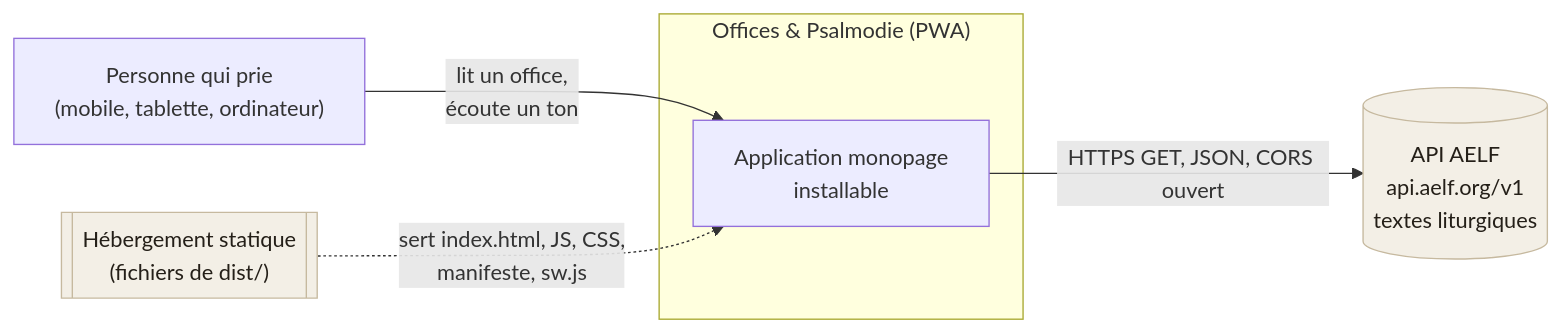
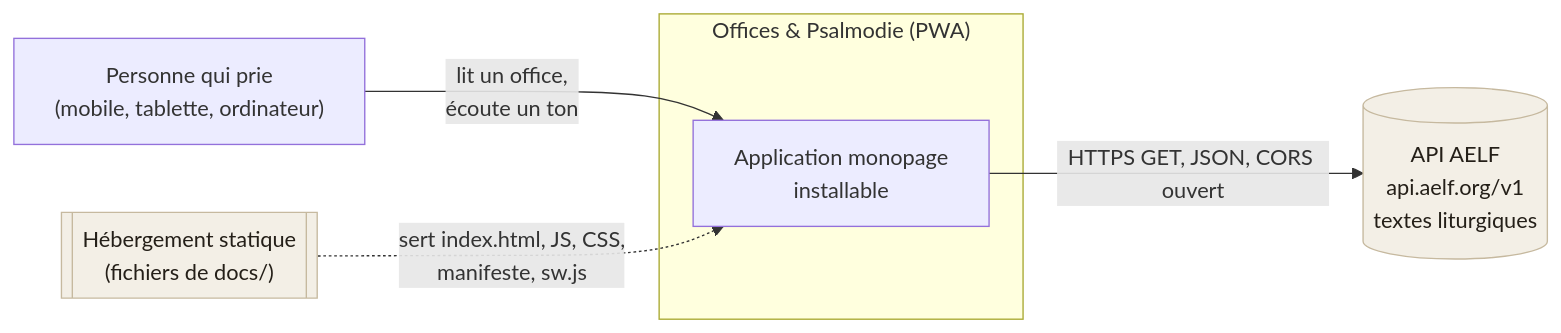
One commit to Studio-Horizon-IA/app-offices-et-psalmodie changed the first of 4 diagrams in documentation/architecture/01-contexte.md. Above: the diagram before and after it, drawn with Mermaid. The commit also changed other lines of this file and 4 other files, not shown here.

````diff
--- a/documentation/architecture/01-contexte.md
+++ b/documentation/architecture/01-contexte.md
@@ -5,18 +5,18 @@
 ```mermaid
 flowchart LR
     orant["Personne qui prie<br/>(mobile, tablette, ordinateur)"]
 
     subgraph systeme["Offices &amp; Psalmodie (PWA)"]
         app["Application monopage<br/>installable"]
     end
 
     aelf[("API AELF<br/>api.aelf.org/v1<br/>textes liturgiques")]
-    heberg[["Hébergement statique<br/>(fichiers de dist/)"]]
+    heberg[["Hébergement statique<br/>(fichiers de docs/)"]]
 
     orant -->|"lit un office,<br/>écoute un ton"| app
     app -->|"HTTPS GET, JSON, CORS ouvert"| aelf
     heberg -.->|"sert index.html, JS, CSS,<br/>manifeste, sw.js"| app
 
     classDef ext fill:#f3efe6,stroke:#c6b99f,color:#241f18
     class aelf,heberg ext
 ```
````
